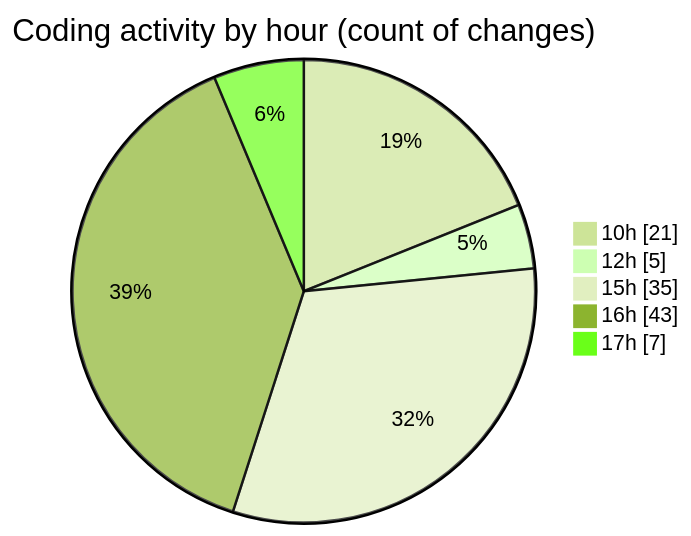
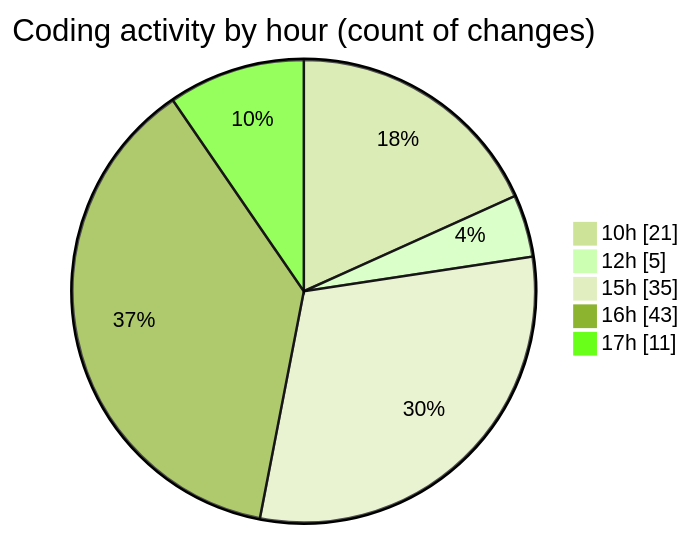
The second of 2 diagrams in 2025-08-27/cda/README.md (momahboobian/code-tracking), drawn with Mermaid (forest theme) before and after one commit. The commit also changed other lines of this file and 1 other file, not shown here.

````diff
--- a/2025-08-27/cda/README.md
+++ b/2025-08-27/cda/README.md
@@ -41,9 +41,9 @@
 ```mermaid
 pie showData
 title Coding activity by hour (count of changes)
 "10h" : 21
 "12h" : 5
 "15h" : 35
 "16h" : 43
-"17h" : 7
+"17h" : 11
 ```
````
